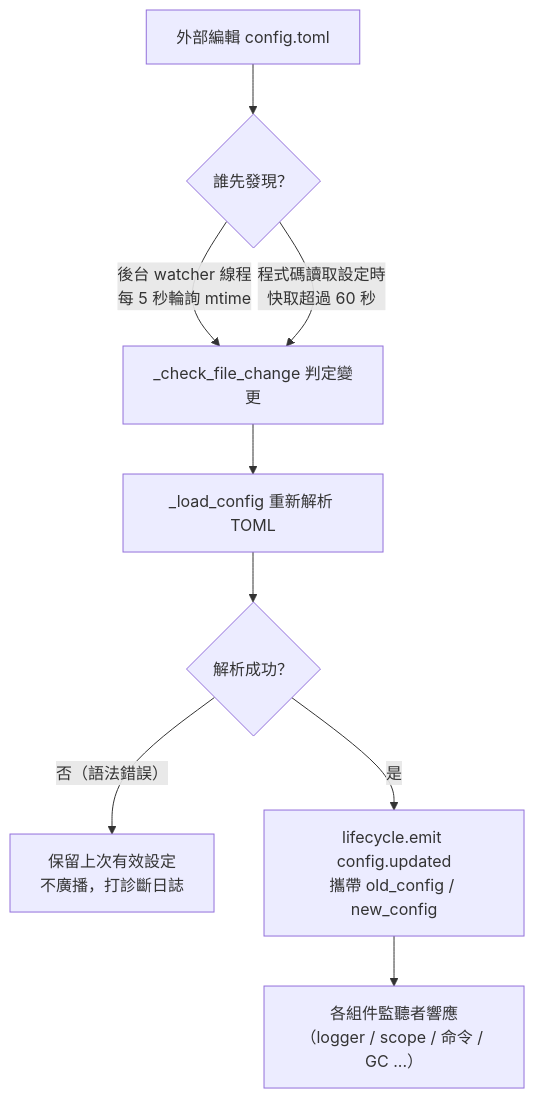
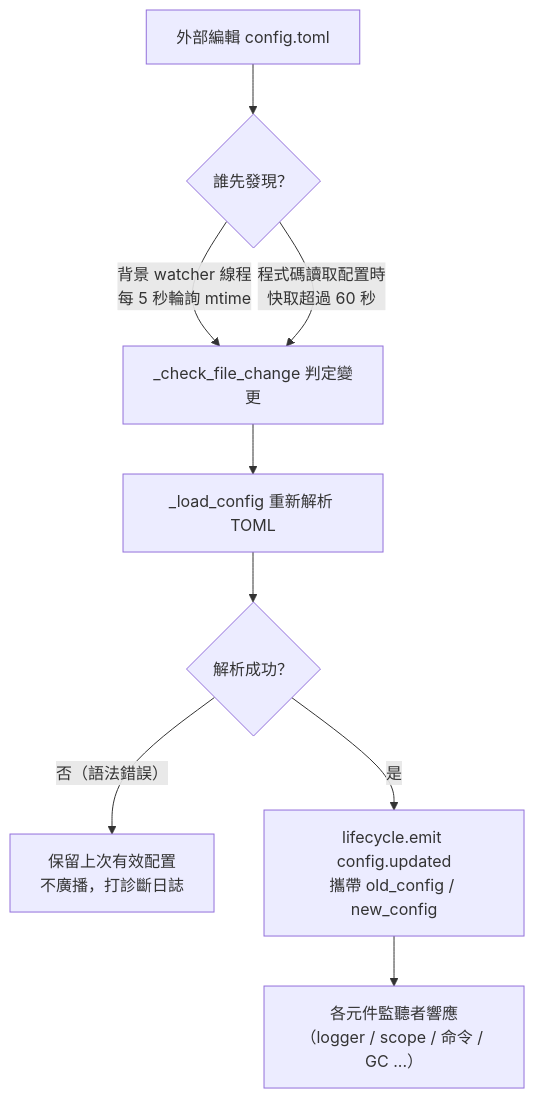
Before and after one commit to ErisPulse/ErisPulse: the diagram in docs/zh-TW/user-guide/configuration.md, drawn with Mermaid. The commit also changed other lines of this file and 91 other files, not shown here.

````diff
--- a/docs/zh-TW/user-guide/configuration.md
+++ b/docs/zh-TW/user-guide/configuration.md
@@ -89,11 +89,11 @@
 ```mermaid
 flowchart TD
     A["外部編輯 config.toml"] --> B{"誰先發現？"}
-    B -->|"後台 watcher 線程<br/>每 5 秒輪詢 mtime"| C["_check_file_change 判定變更"]
-    B -->|"程式碼讀取設定時<br/>快取超過 60 秒"| C
+    B -->|"背景 watcher 線程<br/>每 5 秒輪詢 mtime"| C["_check_file_change 判定變更"]
+    B -->|"程式碼讀取配置時<br/>快取超過 60 秒"| C
     C --> D["_load_config 重新解析 TOML"]
     D --> E{"解析成功？"}
-    E -->|"否（語法錯誤）"| F["保留上次有效設定<br/>不廣播，打診斷日誌"]
+    E -->|"否（語法錯誤）"| F["保留上次有效配置<br/>不廣播，打診斷日誌"]
     E -->|"是"| G["lifecycle.emit config.updated<br/>攜帶 old_config / new_config"]
-    G --> H["各組件監聽者響應<br/>（logger / scope / 命令 / GC ...）"]
+    G --> H["各元件監聽者響應<br/>（logger / scope / 命令 / GC ...）"]
 ```
````
